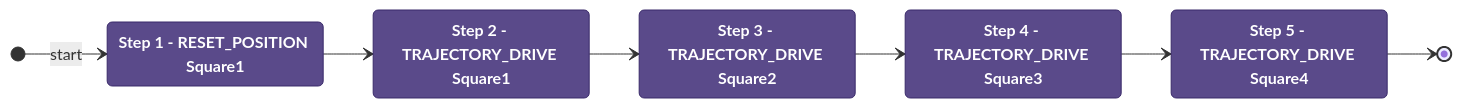
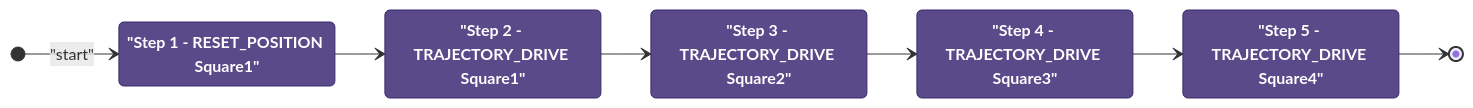
The diagram in documents/auton/SquareTest.md (Team302/2026Rebuilt), drawn with Mermaid before and after one commit. The commit also changed 242 other files, not shown here.

Commit message:
Regenerated diagrams with fixed red

````diff
--- a/documents/auton/SquareTest.md
+++ b/documents/auton/SquareTest.md
@@ -8,27 +8,27 @@
 ```mermaid
 stateDiagram-v2
     direction LR
 
     %% Green = intake active, Purple = intake off
     classDef intake  fill:#1a7a3a,color:#ffffff,stroke:#0d4a1f,font-weight:bold
     classDef noIntake fill:#5a4a8a,color:#ffffff,stroke:#3a2a6a,font-weight:bold
 
-    Step1 : Step 1 - RESET_POSITION Square1
-    Step2 : Step 2 - TRAJECTORY_DRIVE Square1
-    Step3 : Step 3 - TRAJECTORY_DRIVE Square2
-    Step4 : Step 4 - TRAJECTORY_DRIVE Square3
-    Step5 : Step 5 - TRAJECTORY_DRIVE Square4
+    Step1 : "Step 1 - RESET_POSITION Square1"
+    Step2 : "Step 2 - TRAJECTORY_DRIVE Square1"
+    Step3 : "Step 3 - TRAJECTORY_DRIVE Square2"
+    Step4 : "Step 4 - TRAJECTORY_DRIVE Square3"
+    Step5 : "Step 5 - TRAJECTORY_DRIVE Square4"
 
     class Step1 noIntake
     class Step2 noIntake
     class Step3 noIntake
     class Step4 noIntake
     class Step5 noIntake
 
-    [*] --> Step1 : start
+    [*] --> Step1 : "start"
     Step1 --> Step2
     Step2 --> Step3
     Step3 --> Step4
     Step4 --> Step5
     Step5 --> [*]
 ```
````
